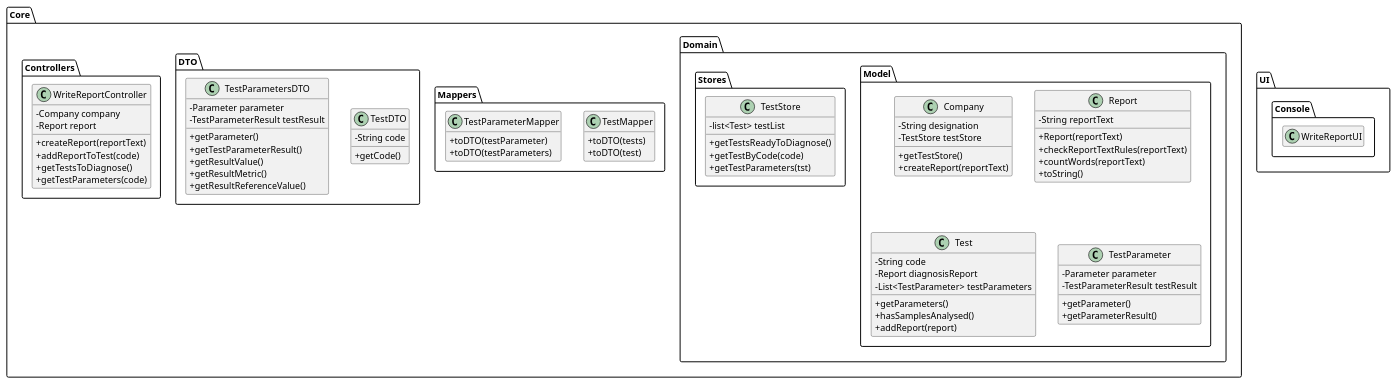
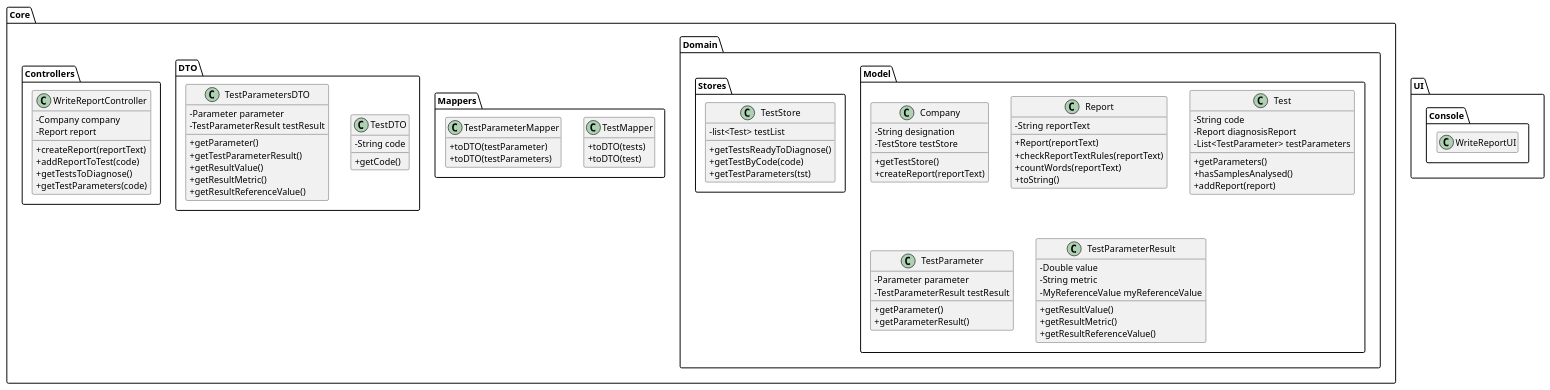
One commit to ana-albergaria/LAPR2-ISEP changed the diagram in docs/SprintC/US_14/US14_PD.puml. Above: the diagram before and after it, drawn with PlantUML. The commit also changed 3 other files, not shown here.

```diff
--- a/docs/SprintC/US_14/US14_PD.puml
+++ b/docs/SprintC/US_14/US14_PD.puml
@@ -1,118 +1,127 @@
 @startuml
 hide empty methods
 hide empty attributes
 'left to right direction
 skinparam classAttributeIconSize 0
 
 package Core {
 
 package Domain {
 
 package Model {
 
 class Company {
     -String designation
     -TestStore testStore
     +getTestStore()
     +createReport(reportText)
 }
 
 class Report {
     - String reportText
     + Report(reportText)
     + checkReportTextRules(reportText)
     + countWords(reportText)
     + toString()
 }
 
 class Test {
     -String code
     -Report diagnosisReport
     -List<TestParameter> testParameters
     +getParameters()
     +hasSamplesAnalysed()
     +addReport(report)
 }
 
 class TestParameter {
     -Parameter parameter
     -TestParameterResult testResult
     +getParameter()
     +getParameterResult()
+}
+
+class TestParameterResult {
+    -Double value
+    -String metric
+    -MyReferenceValue myReferenceValue
+    +getResultValue()
+    +getResultMetric()
+    +getResultReferenceValue()
 }
 
 }
 
 package Stores {
 
 class TestStore {
     -list<Test> testList
     +getTestsReadyToDiagnose()
     +getTestByCode(code)
     +getTestParameters(tst)
 }
 
 }
 
 }
 
 package Mappers {
 
 class TestMapper {
     +toDTO(tests)
     +toDTO(test)
 }
 
 class TestParameterMapper {
     +toDTO(testParameter)
     +toDTO(testParameters)
 }
 
 }
 
 package DTO {
 
 class TestDTO {
     -String code
     +getCode()
 }
 
 class TestParametersDTO {
     -Parameter parameter
     -TestParameterResult testResult
     +getParameter()
     +getTestParameterResult()
     +getResultValue()
     +getResultMetric()
     +getResultReferenceValue()
 }
 
 }
 
 package Controllers {
 
 class WriteReportController {
     -Company company
     -Report report
     +createReport(reportText)
     +addReportToTest(code)
     +getTestsToDiagnose()
     +getTestParameters(code)
 }
 
 }
 
 }
 
 package UI {
 
 package Console {
 
 class WriteReportUI {
 }
 
 }
 
 }
 
 @enduml
```
